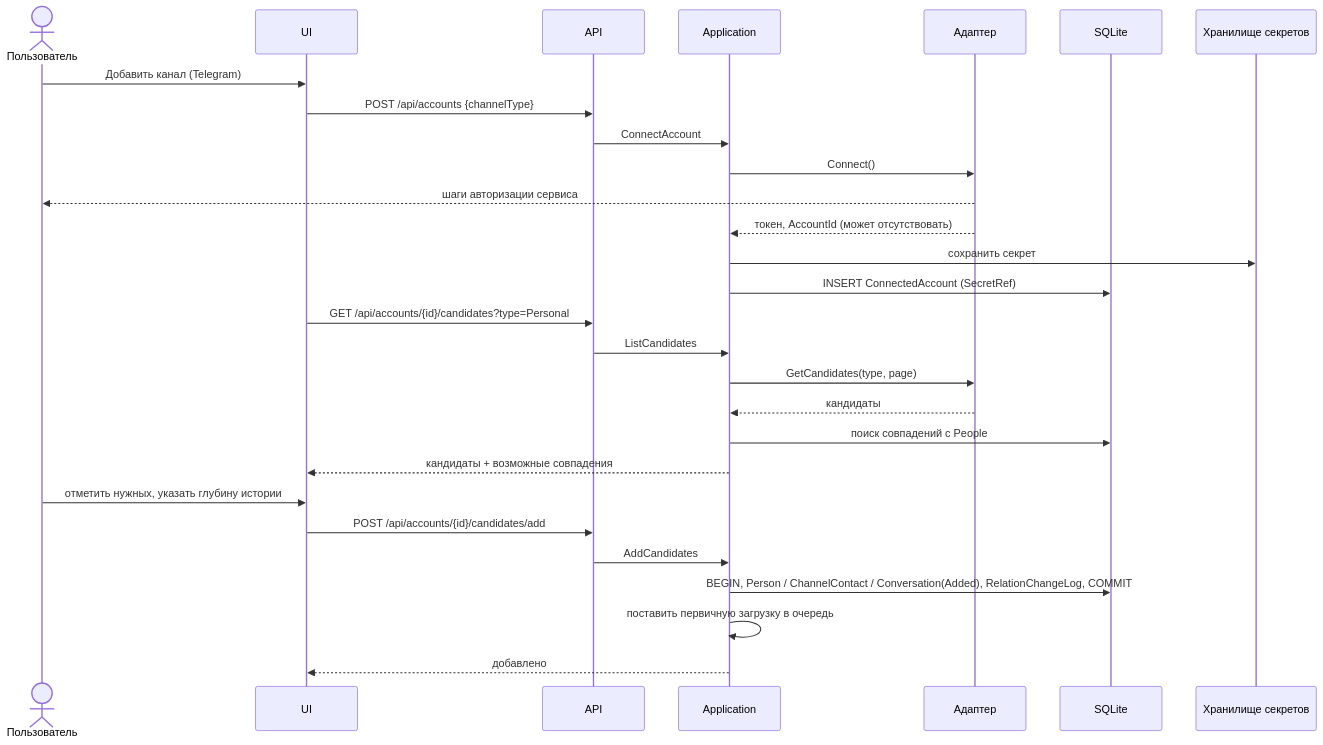
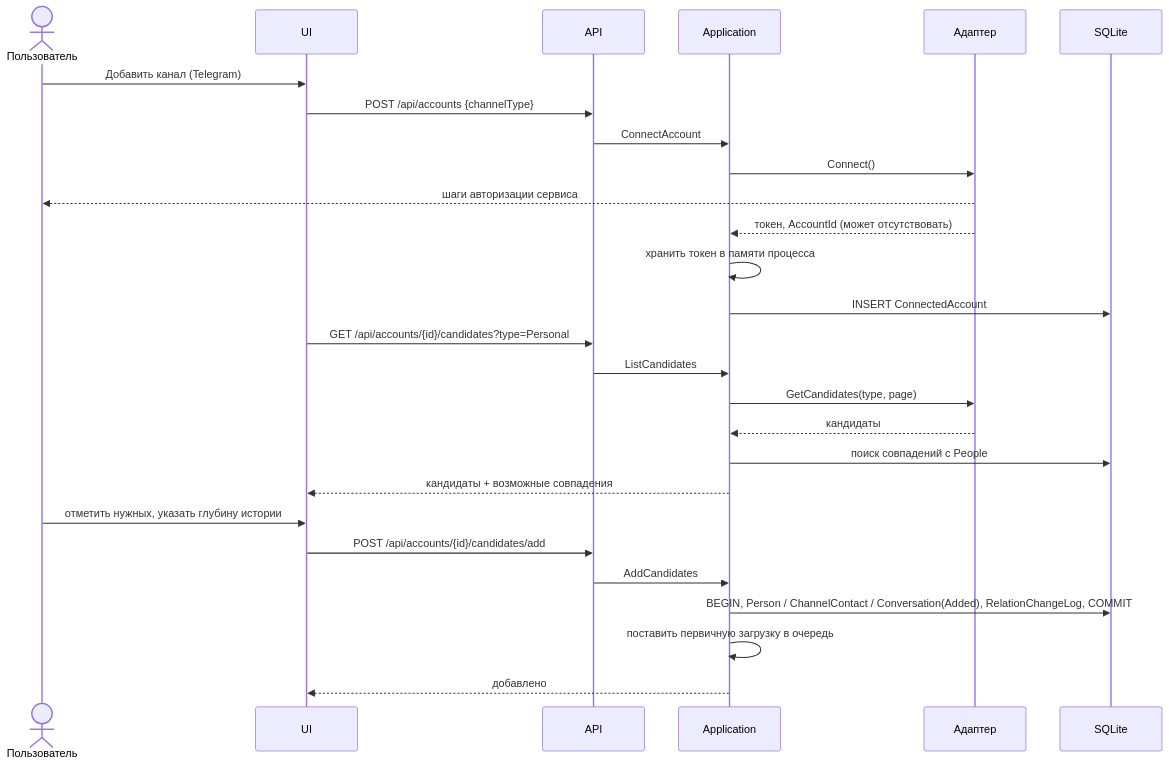
The fifth of 9 diagrams in docs/TZ_Local_Messenger_Hub.md (HRV220/MessageHub), drawn with Mermaid before and after one commit. The commit also changed other lines of this file and 1 other file, not shown here.

First line of the commit message:
docs(tz): trim v1 scope and drop persisted secrets from schema

````diff
--- a/docs/TZ_Local_Messenger_Hub.md
+++ b/docs/TZ_Local_Messenger_Hub.md
@@ -786,31 +785,30 @@
 ```mermaid
 sequenceDiagram
     actor U as Пользователь
     participant UI
     participant API
     participant APP as Application
     participant AD as Адаптер
     participant DB as SQLite
-    participant S as Хранилище секретов
 
     U->>UI: Добавить канал (Telegram)
     UI->>API: POST /api/accounts {channelType}
     API->>APP: ConnectAccount
     APP->>AD: Connect()
     AD-->>U: шаги авторизации сервиса
     AD-->>APP: токен, AccountId (может отсутствовать)
-    APP->>S: сохранить секрет
-    APP->>DB: INSERT ConnectedAccount (SecretRef)
+    APP->>APP: хранить токен в памяти процесса
+    APP->>DB: INSERT ConnectedAccount
     UI->>API: GET /api/accounts/{id}/candidates?type=Personal
     API->>APP: ListCandidates
     APP->>AD: GetCandidates(type, page)
     AD-->>APP: кандидаты
     APP->>DB: поиск совпадений с People
     APP-->>UI: кандидаты + возможные совпадения
     U->>UI: отметить нужных, указать глубину истории
     UI->>API: POST /api/accounts/{id}/candidates/add
     API->>APP: AddCandidates
     APP->>DB: BEGIN, Person / ChannelContact / Conversation(Added), RelationChangeLog, COMMIT
     APP->>APP: поставить первичную загрузку в очередь
     APP-->>UI: добавлено
 ```
````
